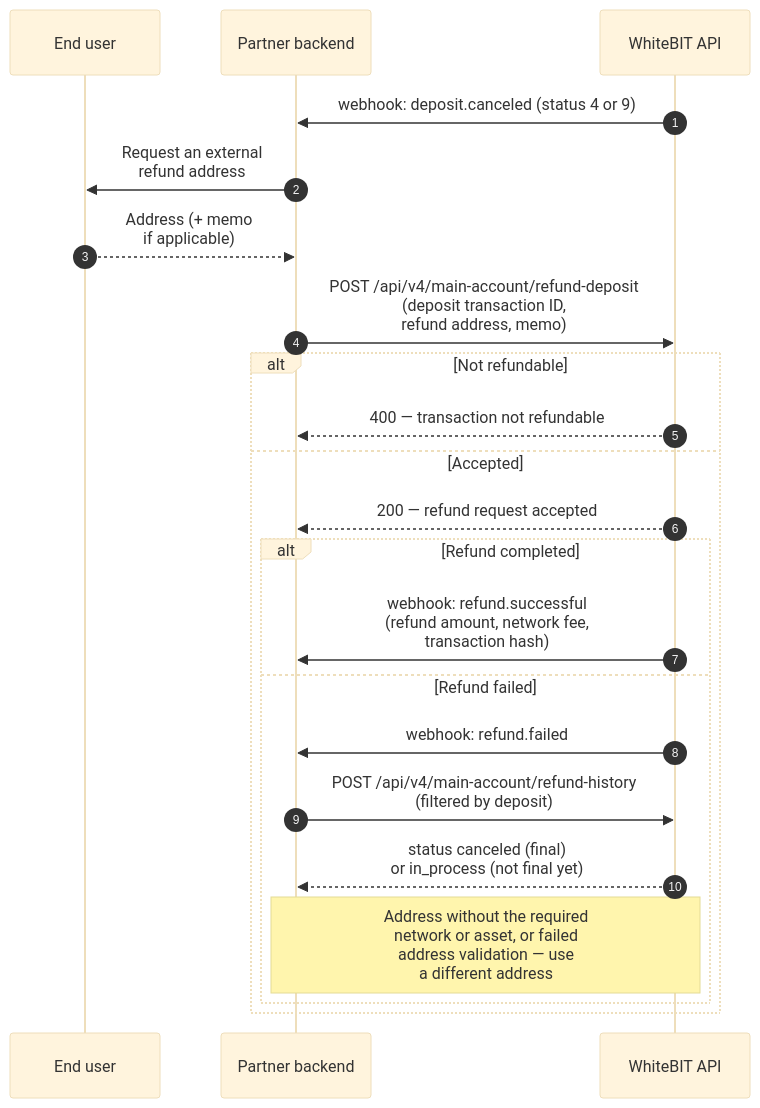
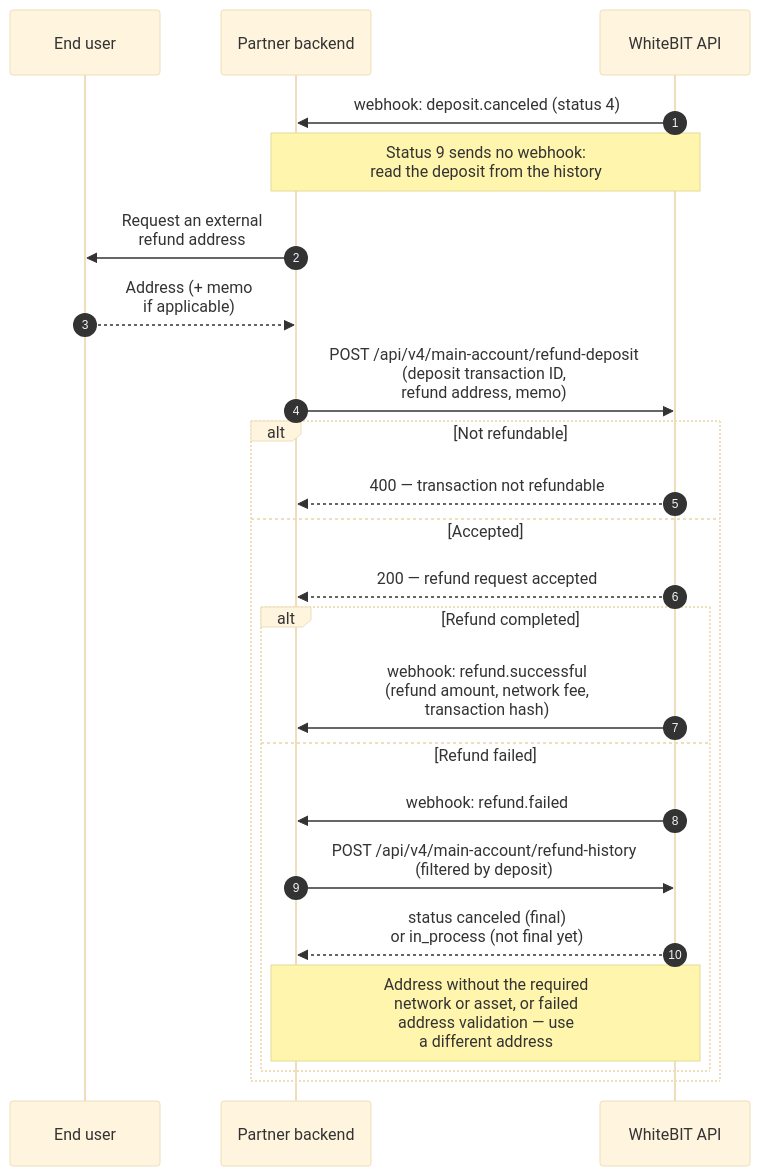
Before and after one commit to whitebit-exchange/docs: the sixth of 10 diagrams in guides/payment-integration.mdx, drawn with Mermaid (base theme). The commit also changed other lines of this file and 14 other files, not shown here.

First line of the commit message:
docs(guide): fix deposit webhook status mapping

````diff
--- a/guides/payment-integration.mdx
+++ b/guides/payment-integration.mdx
@@ -396,25 +400,26 @@
 ```mermaid
 sequenceDiagram
     autonumber
     participant U as End user
     participant P as Partner backend
     participant W as WhiteBIT API
 
-    W->>P: webhook: deposit.canceled (status 4 or 9)
+    W->>P: webhook: deposit.canceled (status 4)
+    Note over P,W: Status 9 sends no webhook:<br/>read the deposit from the history
     P->>U: Request an external<br/>refund address
     U-->>P: Address (+ memo<br/>if applicable)
     P->>W: POST /api/v4/main-account/refund-deposit<br/>(deposit transaction ID,<br/>refund address, memo)
     alt Not refundable
         W-->>P: 400 — transaction not refundable
     else Accepted
         W-->>P: 200 — refund request accepted
         alt Refund completed
             W->>P: webhook: refund.successful<br/>(refund amount, network fee,<br/>transaction hash)
         else Refund failed
             W->>P: webhook: refund.failed
             P->>W: POST /api/v4/main-account/refund-history<br/>(filtered by deposit)
             W-->>P: status canceled (final)<br/>or in_process (not final yet)
             Note over P,W: Address without the required<br/>network or asset, or failed<br/>address validation — use<br/>a different address
         end
     end
 ```
````
